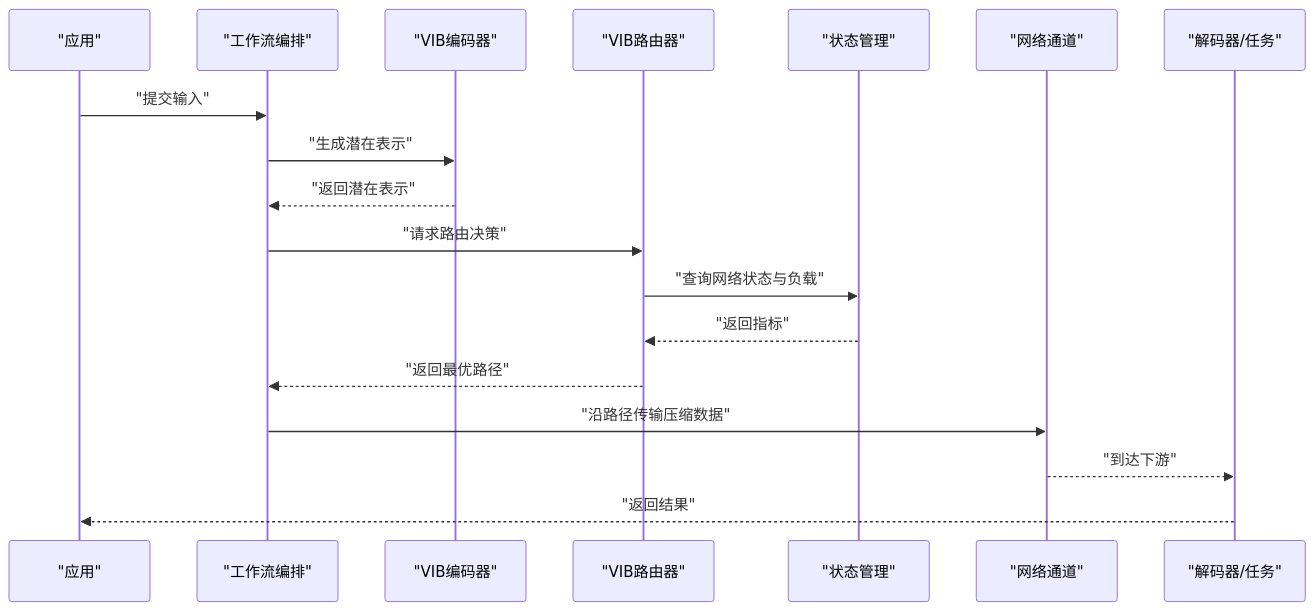
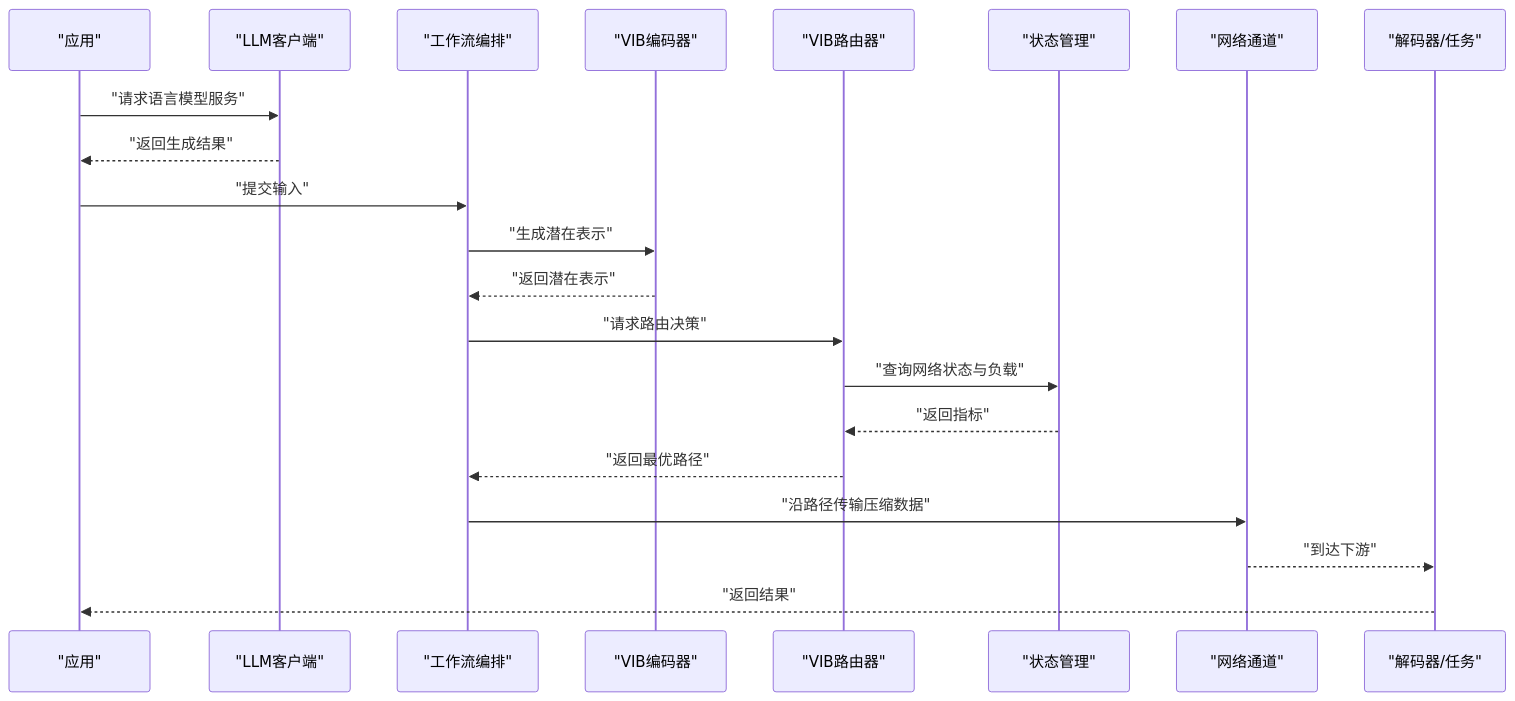
The fourth of 6 diagrams in .qoder/repowiki/zh/content/VIB稀疏通信核心/VIB稀疏通信核心.md (QuStarry/VIB-SparseCommunication), drawn with Mermaid before and after one commit. The commit also changed other lines of this file and 28 other files, not shown here.

````diff
--- a/.qoder/repowiki/zh/content/VIB稀疏通信核心/VIB稀疏通信核心.md
+++ b/.qoder/repowiki/zh/content/VIB稀疏通信核心/VIB稀疏通信核心.md
@@ -173,20 +243,23 @@
 ```mermaid
 sequenceDiagram
 participant App as "应用"
+participant LLM as "LLM客户端"
 participant WF as "工作流编排"
 participant ENC as "VIB编码器"
 participant RT as "VIB路由器"
 participant ST as "状态管理"
 participant NET as "网络通道"
 participant DEC as "解码器/任务"
+App->>LLM : "请求语言模型服务"
+LLM-->>App : "返回生成结果"
 App->>WF : "提交输入"
 WF->>ENC : "生成潜在表示"
 ENC-->>WF : "返回潜在表示"
 WF->>RT : "请求路由决策"
 RT->>ST : "查询网络状态与负载"
 ST-->>RT : "返回指标"
 RT-->>WF : "返回最优路径"
 WF->>NET : "沿路径传输压缩数据"
 NET-->>DEC : "到达下游"
 DEC-->>App : "返回结果"
 ```
````
